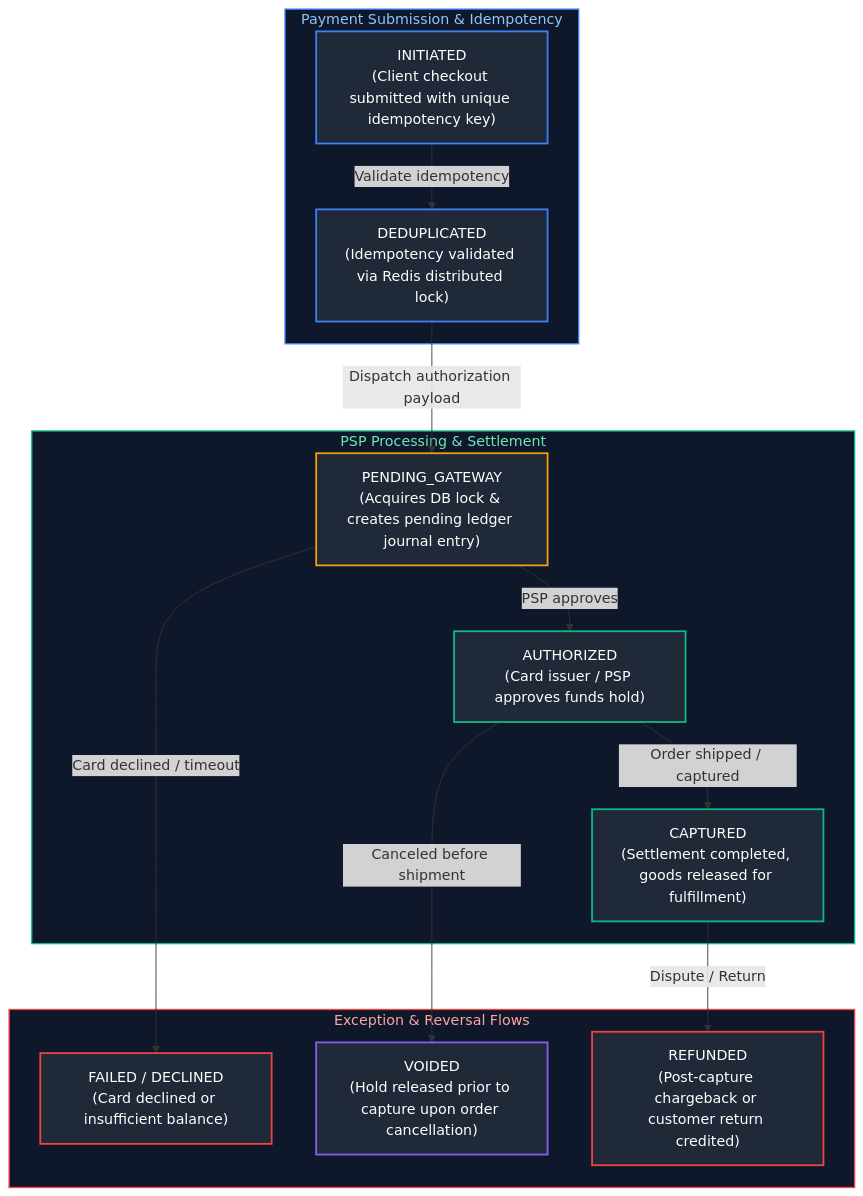
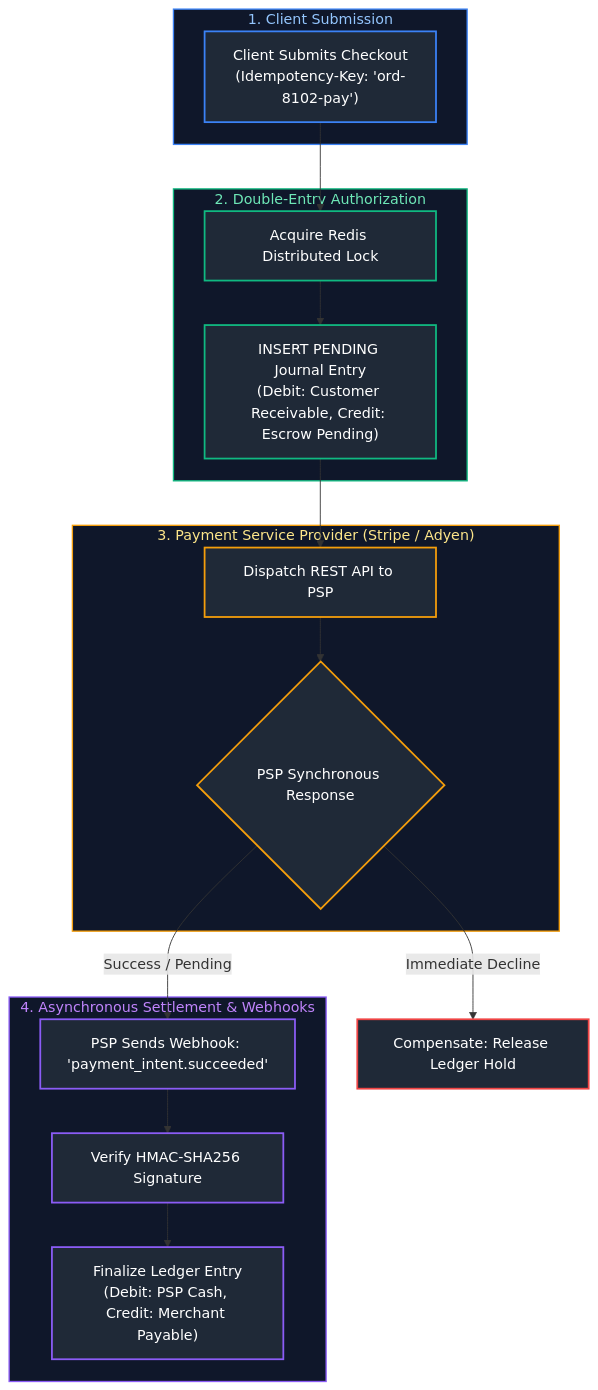
Before and after one commit to joydeep-biswas/Interview-Preparation: diagram 22 of 22 in Java Backend Engineering/13_microservices_distributed_systems_system_design.md, drawn with Mermaid. The commit also changed other lines of this file and 143 other files, not shown here.

````diff
--- a/Java Backend Engineering/13_microservices_distributed_systems_system_design.md
+++ b/Java Backend Engineering/13_microservices_distributed_systems_system_design.md
@@ -1188,40 +1955,46 @@
 ```mermaid
 flowchart TD
-    subgraph CheckoutIngress ["Payment Submission & Idempotency"]
-        Initiated["INITIATED<br/>(Client checkout submitted with unique idempotency key)"]
-        Deduplicated["DEDUPLICATED<br/>(Idempotency validated via Redis distributed lock)"]
+    subgraph ClientPerimeter ["1. Client Submission"]
+        Checkout["Client Submits Checkout<br/>(Idempotency-Key: 'ord-8102-pay')"]
     end
 
-    subgraph GatewayAuth ["PSP Processing & Settlement"]
-        Pending["PENDING_GATEWAY<br/>(Acquires DB lock & creates pending ledger journal entry)"]
-        Authorized["AUTHORIZED<br/>(Card issuer / PSP approves funds hold)"]
-        Captured["CAPTURED<br/>(Settlement completed, goods released for fulfillment)"]
+    subgraph LedgerReservation ["2. Double-Entry Authorization"]
+        LockAcquired["Acquire Redis Distributed Lock"]
+        LedgerHold["INSERT PENDING Journal Entry<br/>(Debit: Customer Receivable, Credit: Escrow Pending)"]
     end
 
-    subgraph TerminalOutcomes ["Exception & Reversal Flows"]
-        Declined["FAILED / DECLINED<br/>(Card declined or insufficient balance)"]
-        Voided["VOIDED<br/>(Hold released prior to capture upon order cancellation)"]
-        Refunded["REFUNDED<br/>(Post-capture chargeback or customer return credited)"]
+    subgraph PSPGateway ["3. Payment Service Provider (Stripe / Adyen)"]
+        PSPRequest["Dispatch REST API to PSP"]
+        PSPOutcome{"PSP Synchronous Response"}
     end
 
-    Initiated -->|"Validate idempotency"| Deduplicated
-    Deduplicated -->|"Dispatch authorization payload"| Pending
-    Pending -->|"PSP approves"| Authorized
-    Pending -->|"Card declined / timeout"| Declined
-    Authorized -->|"Order shipped / captured"| Captured
-    Authorized -->|"Canceled before shipment"| Voided
-    Captured -->|"Dispute / Return"| Refunded
+    subgraph WebhookAndSettlement ["4. Asynchronous Settlement & Webhooks"]
+        WebhookReceived["PSP Sends Webhook: 'payment_intent.succeeded'"]
+        HMACVerified["Verify HMAC-SHA256 Signature"]
+        LedgerSettled["Finalize Ledger Entry<br/>(Debit: PSP Cash, Credit: Merchant Payable)"]
+    end
 
-    style CheckoutIngress fill:#0f172a,stroke:#3b82f6,stroke-width:1.5px,color:#93c5fd
-    style GatewayAuth fill:#0f172a,stroke:#10b981,stroke-width:1.5px,color:#6ee7b7
-    style TerminalOutcomes fill:#0f172a,stroke:#ef4444,stroke-width:1.5px,color:#fca5a5
+    Checkout --> LockAcquired
+    LockAcquired --> LedgerHold
+    LedgerHold --> PSPRequest
+    PSPRequest --> PSPOutcome
+    PSPOutcome -->|Success / Pending| WebhookReceived
+    PSPOutcome -->|Immediate Decline| Reversal["Compensate: Release Ledger Hold"]
+    WebhookReceived --> HMACVerified
+    HMACVerified --> LedgerSettled
 
-    style Initiated fill:#1f2937,stroke:#3b82f6,stroke-width:2px,color:#fff
-    style Deduplicated fill:#1f2937,stroke:#3b82f6,stroke-width:2px,color:#fff
-    style Pending fill:#1f2937,stroke:#f59e0b,stroke-width:2px,color:#fff
-    style Authorized fill:#1f2937,stroke:#10b981,stroke-width:2px,color:#fff
-    style Captured fill:#1f2937,stroke:#10b981,stroke-width:2px,color:#fff
-    style Declined fill:#1f2937,stroke:#ef4444,stroke-width:2px,color:#fff
-    style Voided fill:#1f2937,stroke:#8b5cf6,stroke-width:2px,color:#fff
-    style Refunded fill:#1f2937,stroke:#ef4444,stroke-width:2px,color:#fff
+    style ClientPerimeter fill:#0f172a,stroke:#3b82f6,stroke-width:1.5px,color:#93c5fd
+    style LedgerReservation fill:#0f172a,stroke:#10b981,stroke-width:1.5px,color:#6ee7b7
+    style PSPGateway fill:#0f172a,stroke:#f59e0b,stroke-width:1.5px,color:#fde68a
+    style WebhookAndSettlement fill:#0f172a,stroke:#8b5cf6,stroke-width:1.5px,color:#c084fc
+
+    style Checkout fill:#1f2937,stroke:#3b82f6,stroke-width:2px,color:#fff
+    style LockAcquired fill:#1f2937,stroke:#10b981,stroke-width:2px,color:#fff
+    style LedgerHold fill:#1f2937,stroke:#10b981,stroke-width:2px,color:#fff
+    style PSPRequest fill:#1f2937,stroke:#f59e0b,stroke-width:2px,color:#fff
+    style PSPOutcome fill:#1f2937,stroke:#f59e0b,stroke-width:2px,color:#fff
+    style WebhookReceived fill:#1f2937,stroke:#8b5cf6,stroke-width:2px,color:#fff
+    style HMACVerified fill:#1f2937,stroke:#8b5cf6,stroke-width:2px,color:#fff
+    style LedgerSettled fill:#1f2937,stroke:#8b5cf6,stroke-width:2px,color:#fff
+    style Reversal fill:#1f2937,stroke:#ef4444,stroke-width:2px,color:#fff
 ```
````
